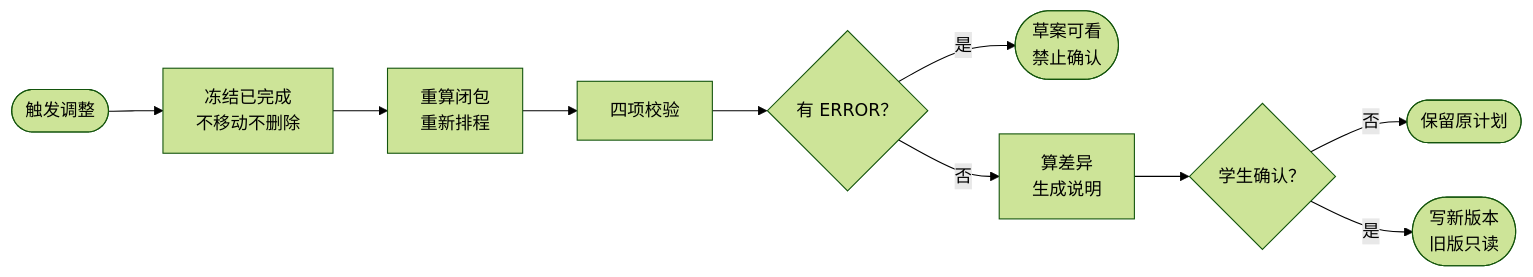
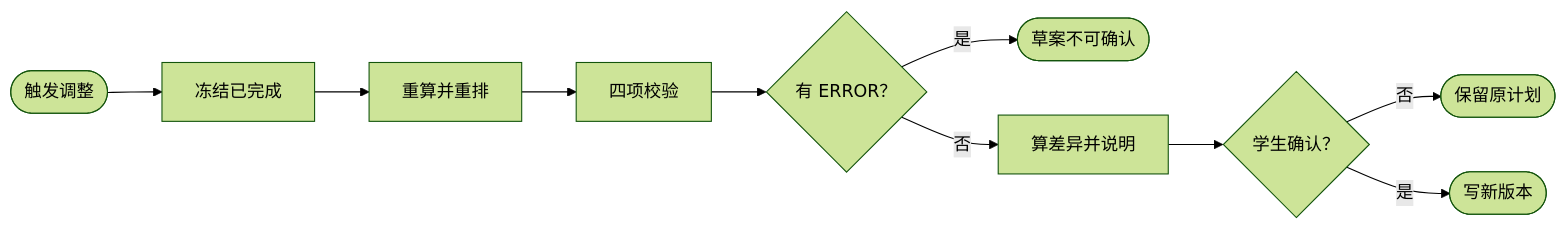
One commit to PeiChen1215/CoursePlan changed the diagram in docs/02_需求/figures/src/fig-3-10-adjust.mmd. Above: the diagram before and after it, drawn with Mermaid (forest theme). The commit also changed 11 other files, not shown here.

Commit message:
docs(D02): v2.2 补 3 张功能流程图（F-04/F-07/F-10），清除 D03 数据要求说明书引用

```diff
--- a/docs/02_需求/figures/src/fig-3-10-adjust.mmd
+++ b/docs/02_需求/figures/src/fig-3-10-adjust.mmd
@@ -1,10 +1,10 @@
 flowchart LR
-    A(["触发调整"]) --> B["冻结已完成<br/>不移动不删除"]
-    B --> C["重算闭包<br/>重新排程"]
+    A(["触发调整"]) --> B["冻结已完成"]
+    B --> C["重算并重排"]
     C --> D["四项校验"]
     D --> E{"有 ERROR？"}
-    E -- 是 --> F(["草案可看<br/>禁止确认"])
-    E -- 否 --> G["算差异<br/>生成说明"]
+    E -- 是 --> F(["草案不可确认"])
+    E -- 否 --> G["算差异并说明"]
     G --> H{"学生确认？"}
     H -- 否 --> I(["保留原计划"])
-    H -- 是 --> J(["写新版本<br/>旧版只读"])
+    H -- 是 --> J(["写新版本"])
```
